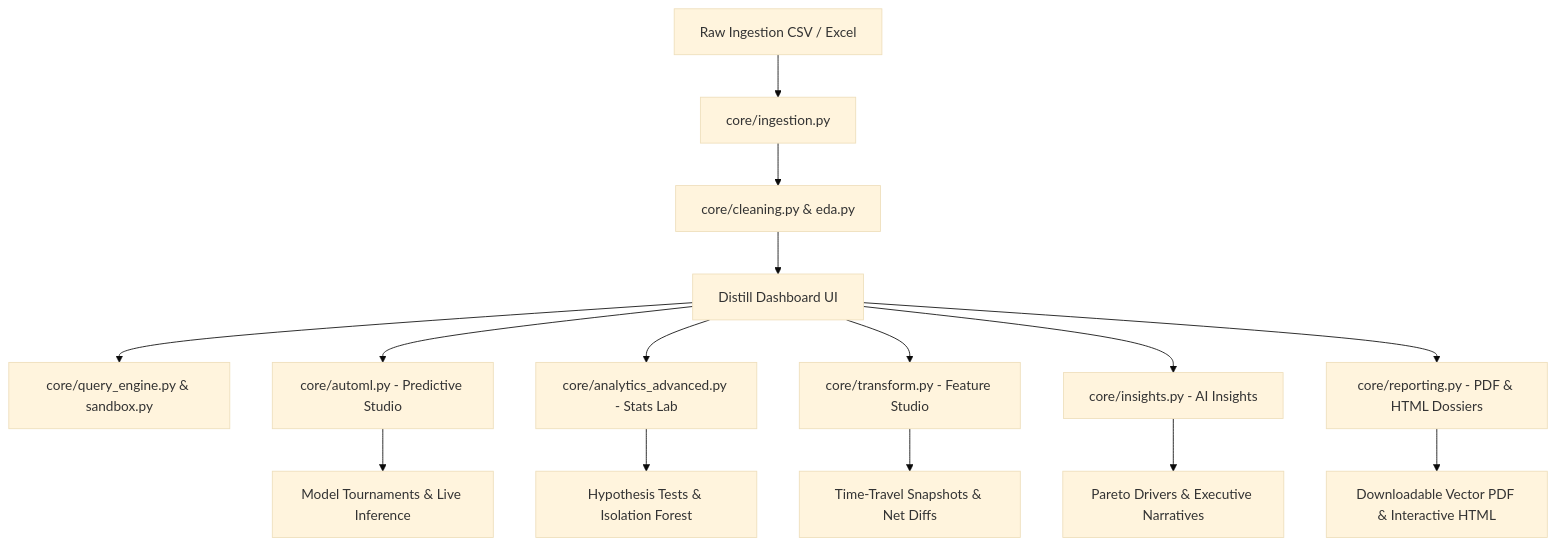
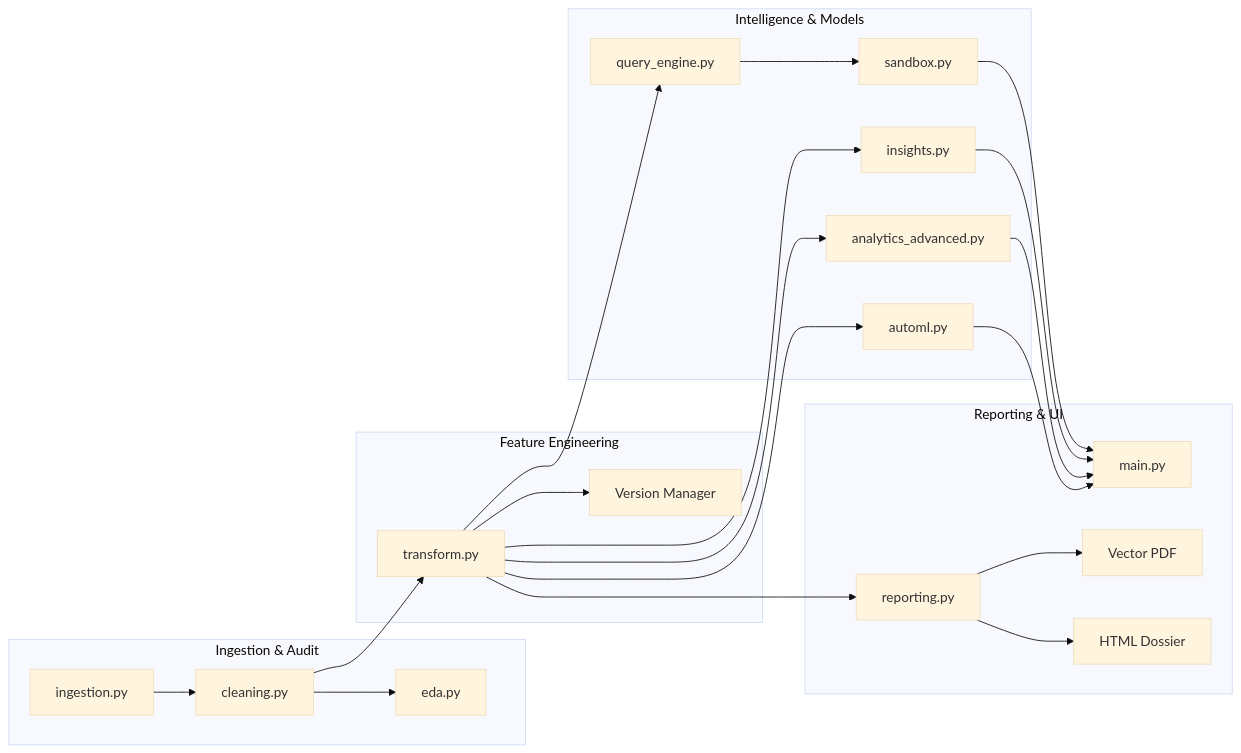
One commit to Giancyril/Distill changed the second of 2 diagrams in README.md. Above: the diagram before and after it, drawn with Mermaid (base theme). The commit also changed other lines of this file, not shown here.

Commit message:
docs: restyle README.md with comprehensive enterprise documentation and architecture diagrams

````diff
--- a/README.md
+++ b/README.md
@@ -49,19 +113,30 @@
 ```mermaid
-graph TD
-    A[Raw Ingestion CSV / Excel] --> B[core/ingestion.py]
-    B --> C[core/cleaning.py & eda.py]
-    C --> D[Distill Dashboard UI]
+graph LR
+    subgraph Ingestion_Flow ["Ingestion & Audit"]
+        IngestMod[ingestion.py] --> CleanMod[cleaning.py]
+        CleanMod --> EDAMod[eda.py]
+    end
 
-    D --> E[core/query_engine.py & sandbox.py]
-    D --> F[core/automl.py - Predictive Studio]
-    D --> G[core/analytics_advanced.py - Stats Lab]
-    D --> H[core/transform.py - Feature Studio]
-    D --> I[core/insights.py - AI Insights]
-    D --> J[core/reporting.py - PDF & HTML Dossiers]
+    subgraph Feature_Flow ["Feature Engineering"]
+        CleanMod --> TransformMod[transform.py]
+        TransformMod --> SnapshotStack[Version Manager]
+    end
 
-    F --> K[Model Tournaments & Live Inference]
-    G --> L[Hypothesis Tests & Isolation Forest]
-    H --> M[Time-Travel Snapshots & Net Diffs]
-    I --> N[Pareto Drivers & Executive Narratives]
-    J --> O[Downloadable Vector PDF & Interactive HTML]
+    subgraph Intelligence_Flow ["Intelligence & Models"]
+        TransformMod --> AutoMLMod[automl.py]
+        TransformMod --> StatsMod[analytics_advanced.py]
+        TransformMod --> InsightsMod[insights.py]
+        TransformMod --> QueryMod[query_engine.py]
+        QueryMod --> SandboxMod[sandbox.py]
+    end
+
+    subgraph Delivery_Flow ["Reporting & UI"]
+        AutoMLMod --> UI[main.py]
+        StatsMod --> UI
+        InsightsMod --> UI
+        SandboxMod --> UI
+        TransformMod --> ReportMod[reporting.py]
+        ReportMod --> PDFExport[Vector PDF]
+        ReportMod --> HTMLExport[HTML Dossier]
+    end
 ```
````
